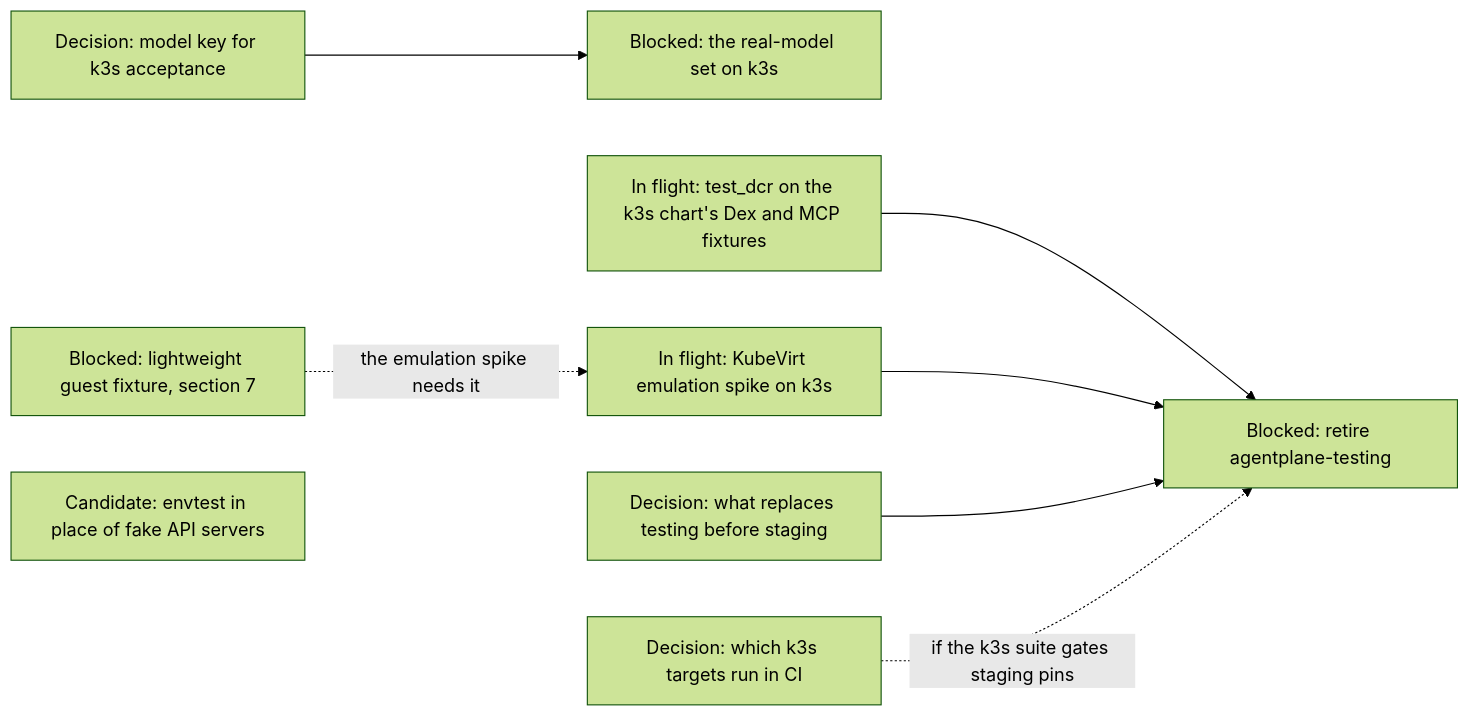
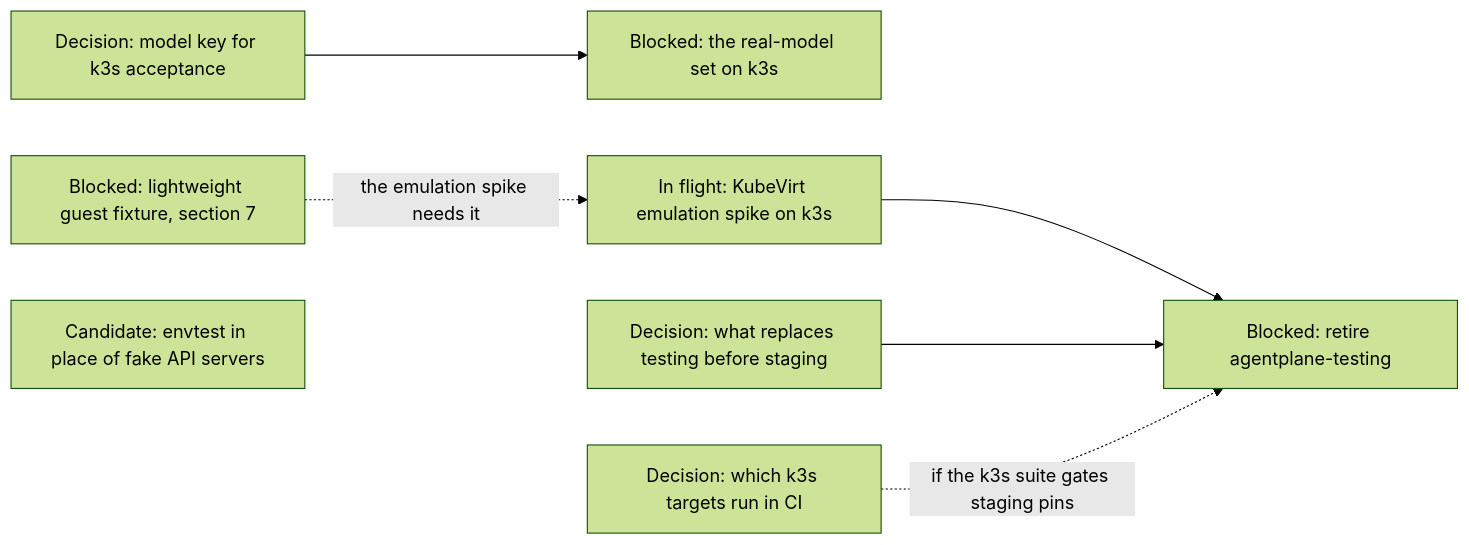
Before and after one commit to agentydragon-agent/ducktape: diagram 17 of 17 in agentplane/plans/task_dag.md, drawn with Mermaid (forest theme). The commit also changed other lines of this file and 17 other files, not shown here.

````diff
--- a/agentplane/plans/task_dag.md
+++ b/agentplane/plans/task_dag.md
@@ -1945,18 +1945,16 @@
 ```mermaid
 flowchart LR
     K3S_MODEL_CREDENTIALS[Decision: model key for k3s acceptance]
     K3S_MODEL_SCENARIOS[Blocked: the real-model set on k3s]
-    K3S_FIXTURE_IDENTITY[In flight: test_dcr on the k3s chart's Dex and MCP fixtures]
     K3S_VM_ACCEPTANCE[In flight: KubeVirt emulation spike on k3s]
     K3S_VM_IMAGE[Blocked: lightweight guest fixture, section 7]
     TESTING_ROLLOUT_ROLE[Decision: what replaces testing before staging]
     TESTING_ENVIRONMENT_RETIRE[Blocked: retire agentplane-testing]
     K3S_CI_TIER[Decision: which k3s targets run in CI]
     FAKE_APISERVERS_TO_ENVTEST[Candidate: envtest in place of fake API servers]
     K3S_MODEL_CREDENTIALS --> K3S_MODEL_SCENARIOS
     K3S_VM_IMAGE -. the emulation spike needs it .-> K3S_VM_ACCEPTANCE
-    K3S_FIXTURE_IDENTITY --> TESTING_ENVIRONMENT_RETIRE
     K3S_VM_ACCEPTANCE --> TESTING_ENVIRONMENT_RETIRE
     TESTING_ROLLOUT_ROLE --> TESTING_ENVIRONMENT_RETIRE
     K3S_CI_TIER -. if the k3s suite gates staging pins .-> TESTING_ENVIRONMENT_RETIRE
 ```
````
